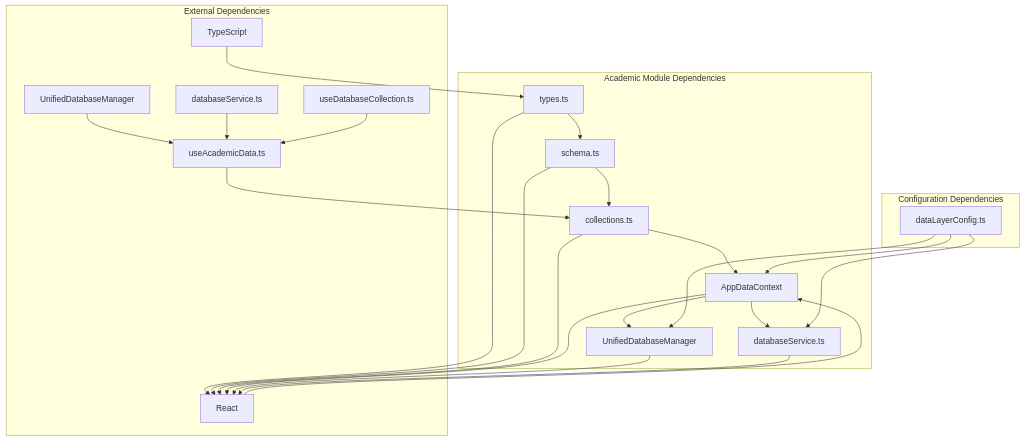
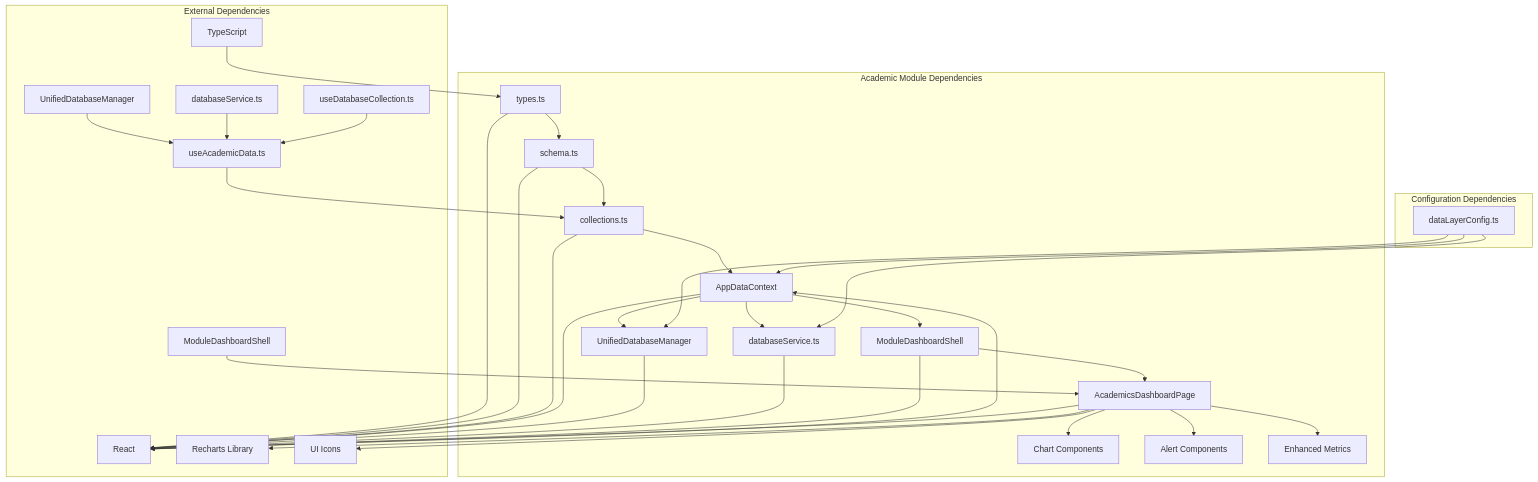
One commit to geniusdynamics/schoolpilot changed diagram 14 of 14 in .qoder/repowiki/en/content/Academic Data Management.md. Above: the diagram before and after it, drawn with Mermaid. The commit also changed other lines of this file and 16 other files, not shown here.

````diff
--- a/.qoder/repowiki/en/content/Academic Data Management.md
+++ b/.qoder/repowiki/en/content/Academic Data Management.md
@@ -473,29 +644,39 @@
 ```mermaid
 graph TB
 subgraph "Academic Module Dependencies"
 Types[types.ts] --> Schema[schema.ts]
 Schema --> Collections[collections.ts]
 Collections --> Context[AppDataContext]
 Context --> Manager[UnifiedDatabaseManager]
 Context --> Service[databaseService.ts]
+Context --> DashboardShell[ModuleDashboardShell]
+DashboardShell --> DashboardPage[AcademicsDashboardPage]
+DashboardPage --> Charts[Chart Components]
+DashboardPage --> Alerts[Alert Components]
+DashboardPage --> Metrics[Enhanced Metrics]
 end
 subgraph "External Dependencies"
 React[React] --> Context
 TypeScript[TypeScript] --> Types
 DatabaseManager[UnifiedDatabaseManager] --> AcademicHooks[useAcademicData.ts]
 AcademicHooks --> Collections
 DatabaseService[databaseService.ts] --> AcademicHooks
 useDatabaseCollection[useDatabaseCollection.ts] --> AcademicHooks
+ModuleDashboardShell[ModuleDashboardShell] --> DashboardPage
+DashboardPage --> Recharts[Recharts Library]
+DashboardPage --> Icons[UI Icons]
 end
 subgraph "Configuration Dependencies"
 Config[dataLayerConfig.ts] --> Manager
 Config --> Context
 Config --> Service
 end
 Types --> React
 Schema --> React
 Collections --> React
 Context --> React
 Manager --> React
 Service --> React
+DashboardShell --> React
+DashboardPage --> React
 ```
````
